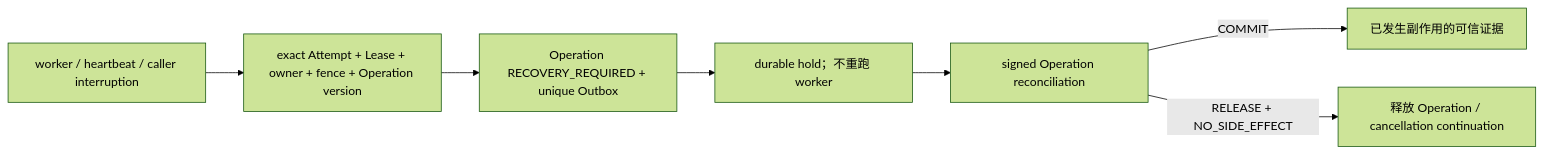
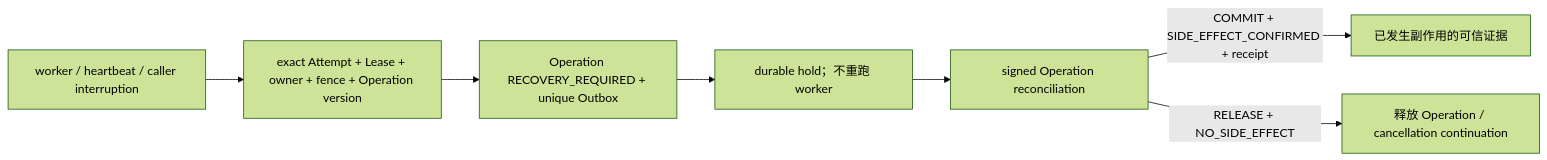
One commit to SakuraYoruno/Natsume_Ai changed the third of 23 diagrams in docs/50_project/arch/DATA_FLOW_ARCHITECTURE.md. Above: the diagram before and after it, drawn with Mermaid (forest theme). The commit also changed other lines of this file and 21 other files, not shown here.

````diff
--- a/docs/50_project/arch/DATA_FLOW_ARCHITECTURE.md
+++ b/docs/50_project/arch/DATA_FLOW_ARCHITECTURE.md
@@ -57,9 +57,9 @@
 ```mermaid
 flowchart LR
     I["worker / heartbeat / caller interruption"] --> F["exact Attempt + Lease + owner + fence + Operation version"]
     F --> M["Operation RECOVERY_REQUIRED + unique Outbox"]
     M --> H["durable hold；不重跑 worker"]
     H --> S["signed Operation reconciliation"]
-    S -->|COMMIT| C["已发生副作用的可信证据"]
+    S -->|COMMIT + SIDE_EFFECT_CONFIRMED + receipt| C["已发生副作用的可信证据"]
     S -->|RELEASE + NO_SIDE_EFFECT| R["释放 Operation / cancellation continuation"]
 ```
````
